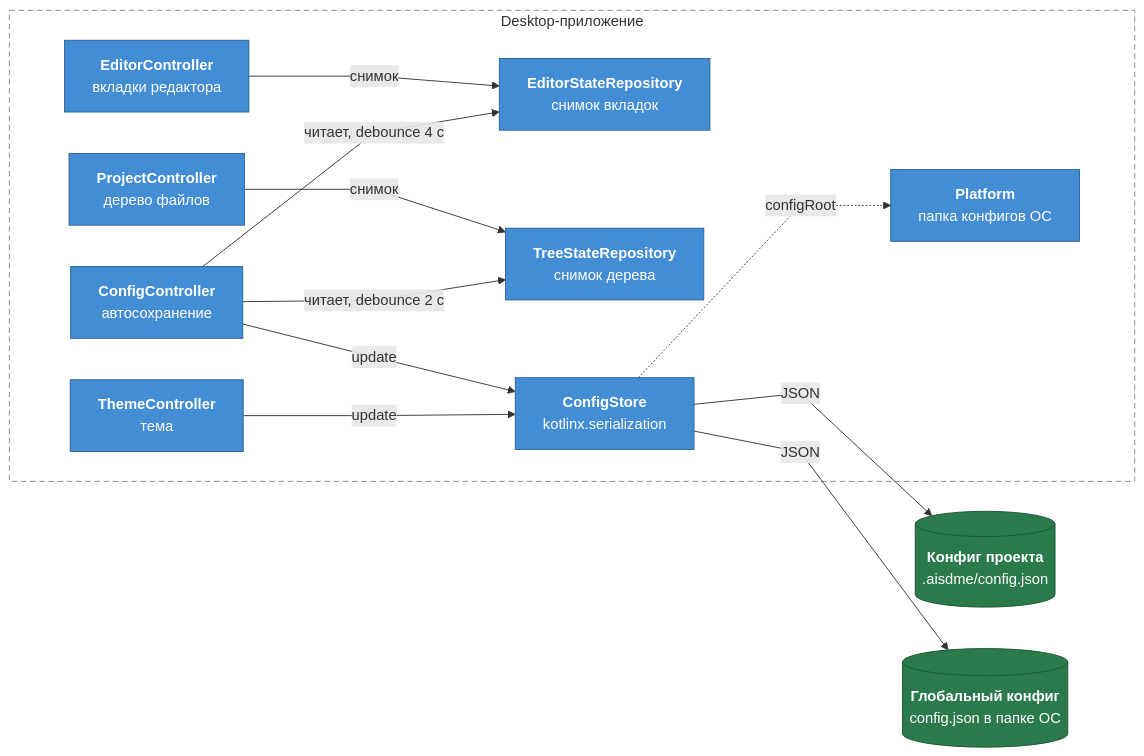
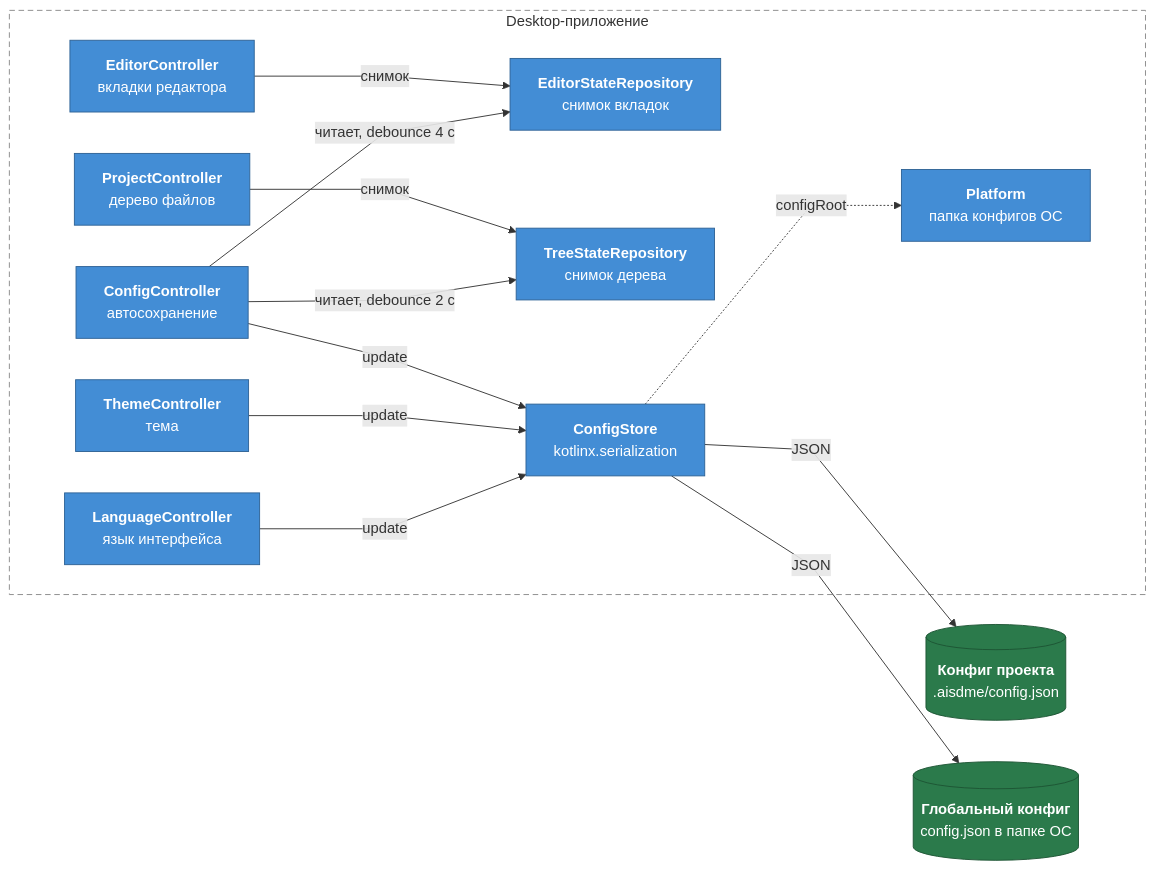
One commit to efimov-r/aisdme changed the fifth of 9 diagrams in docs/architecture.md. Above: the diagram before and after it, drawn with Mermaid. The commit also changed 51 other files, not shown here.

Commit message:
меню настроек с шестерёнкой: тема и язык; локализация интерфейса (английский, русский): Strings, I18n, LanguageController; сценарий theme

````diff
--- a/docs/architecture.md
+++ b/docs/architecture.md
@@ -177,31 +177,33 @@
 ```mermaid
 %%{init: {"flowchart": {"curve": "linear", "nodeSpacing": 45, "rankSpacing": 120}}}%%
 flowchart LR
     classDef comp fill:#438dd5,stroke:#2e6295,color:#fff
     classDef db fill:#2b7a4b,stroke:#1d5434,color:#fff
 
     subgraph app["Desktop-приложение"]
         editorC["<b>EditorController</b><br/>вкладки редактора"]:::comp
         projectC["<b>ProjectController</b><br/>дерево файлов"]:::comp
         themeC["<b>ThemeController</b><br/>тема"]:::comp
+        langC["<b>LanguageController</b><br/>язык интерфейса"]:::comp
         editorRep["<b>EditorStateRepository</b><br/>снимок вкладок"]:::comp
         treeRep["<b>TreeStateRepository</b><br/>снимок дерева"]:::comp
         configC["<b>ConfigController</b><br/>автосохранение"]:::comp
         store["<b>ConfigStore</b><br/>kotlinx.serialization"]:::comp
         platform["<b>Platform</b><br/>папка конфигов ОС"]:::comp
     end
     style app fill:transparent,stroke:#888,stroke-dasharray:6 4
 
     projectCfg[("<b>Конфиг проекта</b><br/>.aisdme/config.json")]:::db
     globalCfg[("<b>Глобальный конфиг</b><br/>config.json в папке ОС")]:::db
 
     editorC -->|"снимок"| editorRep
     projectC -->|"снимок"| treeRep
     configC -->|"читает, debounce 4 с"| editorRep
     configC -->|"читает, debounce 2 с"| treeRep
     configC -->|"update"| store
     themeC -->|"update"| store
+    langC -->|"update"| store
     store -->|"JSON"| projectCfg
     store -->|"JSON"| globalCfg
     store -.->|"configRoot"| platform
 ```
````
